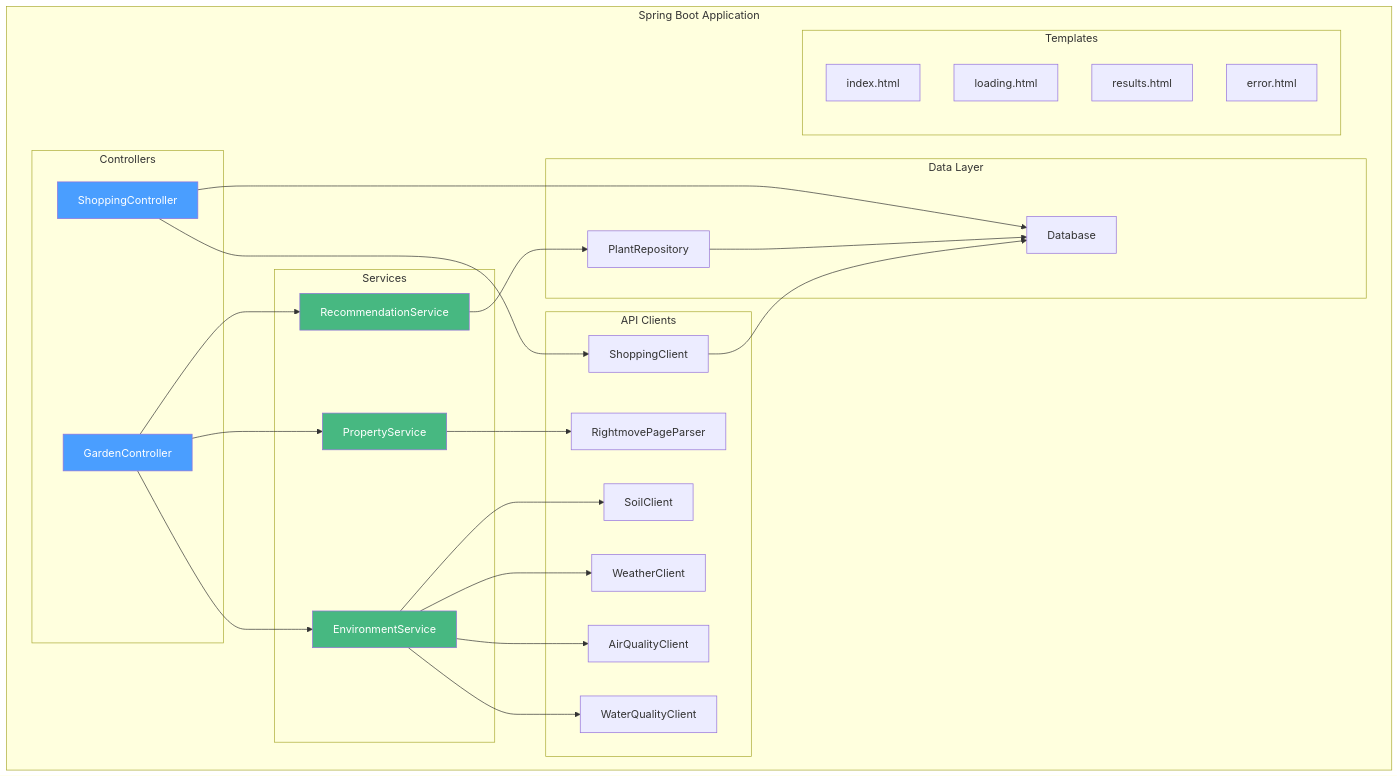
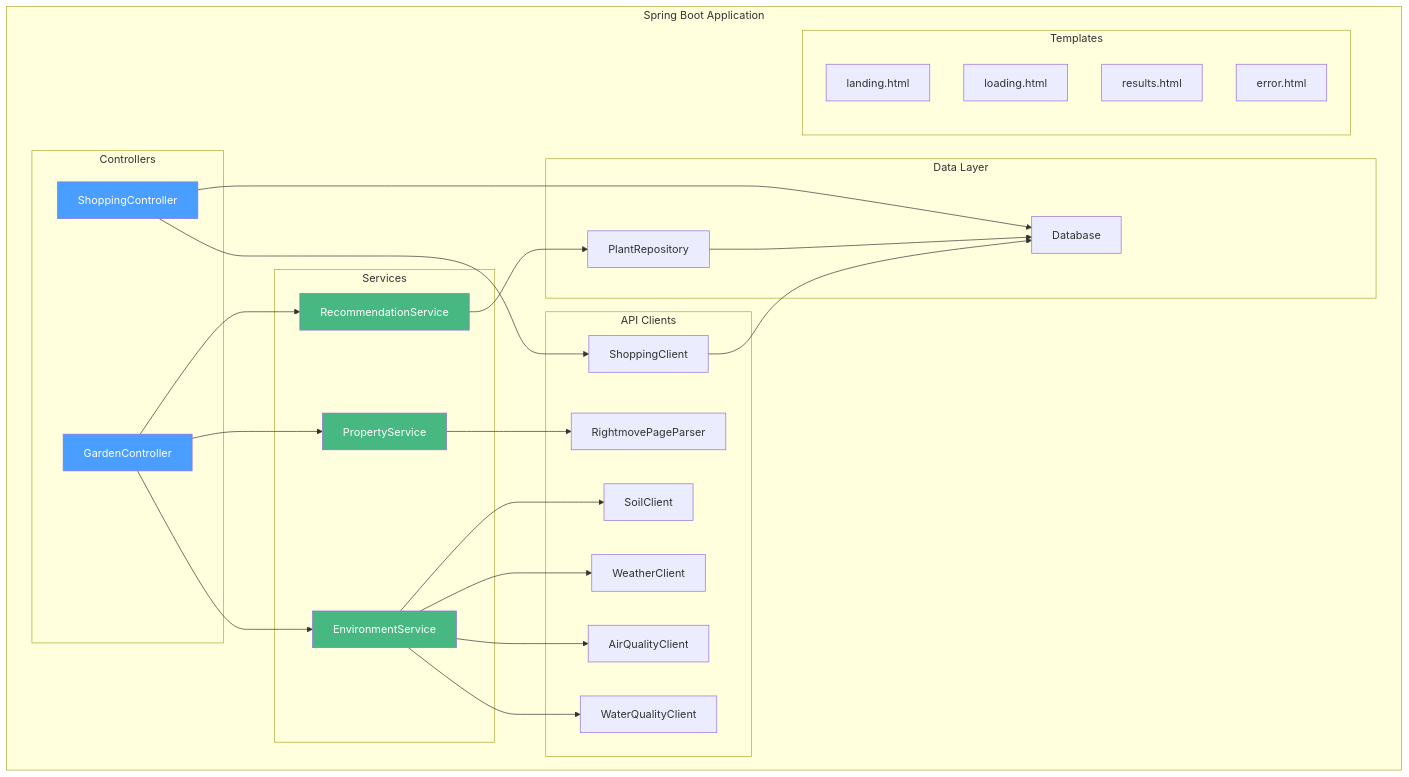
The second of 5 diagrams in obsidian-docs/02-architecture.md (sgaosman/greenmove), drawn with Mermaid before and after one commit. The commit also changed other lines of this file and 3 other files, not shown here.

````diff
--- a/obsidian-docs/02-architecture.md
+++ b/obsidian-docs/02-architecture.md
@@ -27,56 +27,56 @@
 ```mermaid
 graph TB
     subgraph "Spring Boot Application"
         subgraph "Controllers"
             GC[GardenController]
             SC[ShoppingController]
         end
 
         subgraph "Services"
             ES[EnvironmentService]
             RS[RecommendationService]
             PS[PropertyService]
         end
 
         subgraph "API Clients"
             RMP[RightmovePageParser]
             SOIL[SoilClient]
             WX[WeatherClient]
             AQ[AirQualityClient]
             WQ[WaterQualityClient]
             SHOP[ShoppingClient]
         end
 
         subgraph "Data Layer"
             DB[Database]
             PR[PlantRepository]
         end
 
         subgraph "Templates"
-            IDX[index.html]
+            IDX[landing.html]
             LOAD[loading.html]
             RES[results.html]
             ERR[error.html]
         end
     end
 
     GC --> PS
     GC --> ES
     GC --> RS
     SC --> SHOP
     SC --> DB
     PS --> RMP
     ES --> SOIL
     ES --> WX
     ES --> AQ
     ES --> WQ
     RS --> PR
     PR --> DB
     SHOP --> DB
 
     style GC fill:#4a9eff,color:#fff
     style SC fill:#4a9eff,color:#fff
     style ES fill:#47b881,color:#fff
     style RS fill:#47b881,color:#fff
     style PS fill:#47b881,color:#fff
 ```
````
